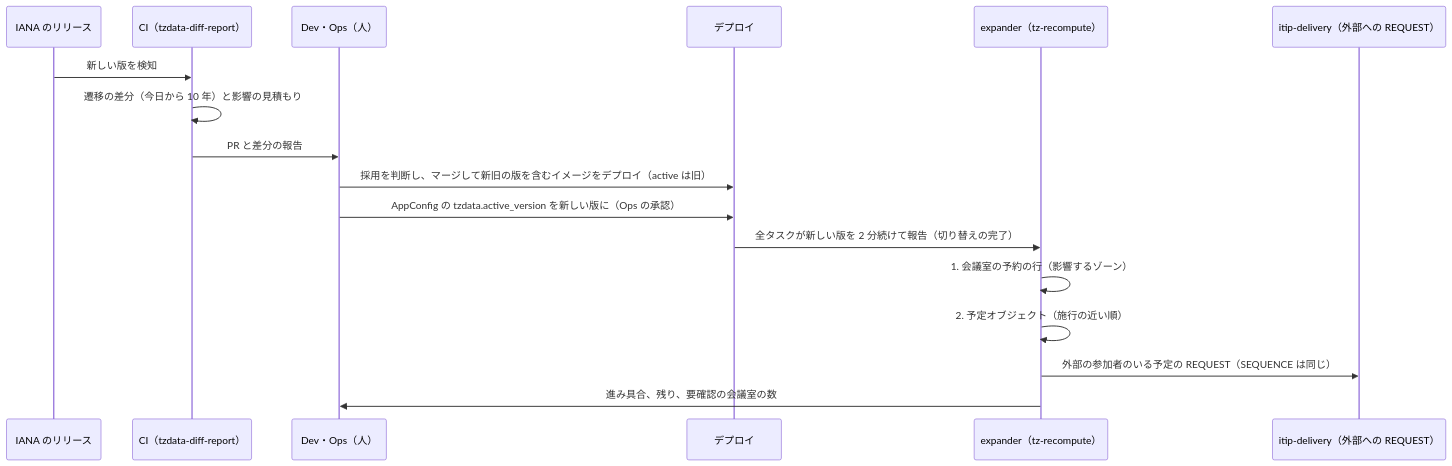
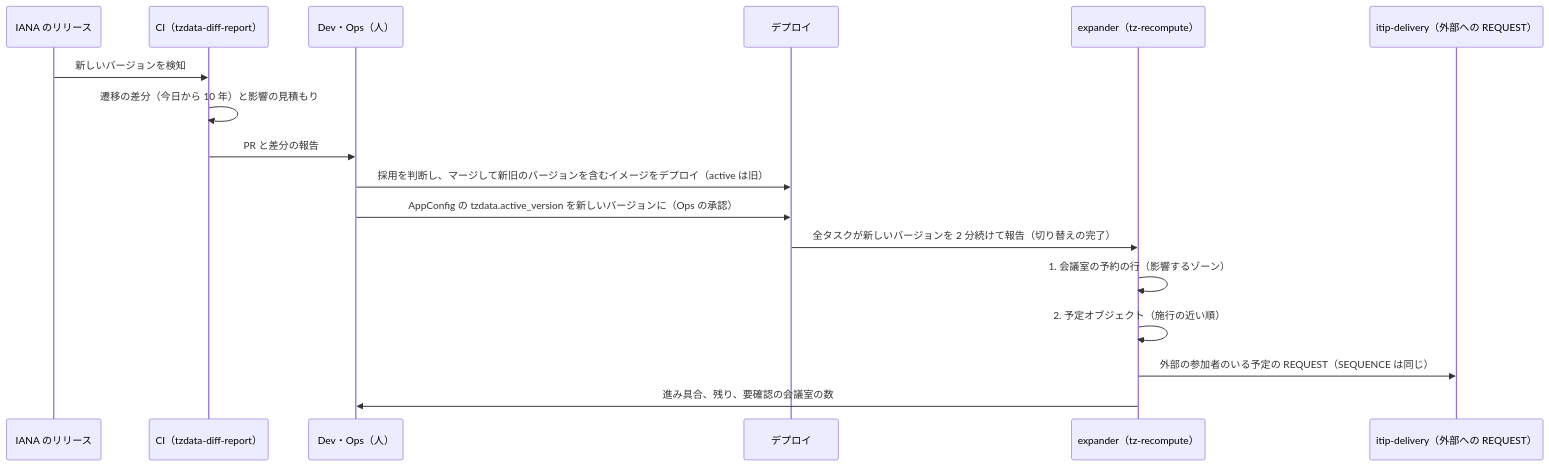
The diagram in systems/google-calendar/docs/architecture/time-zones-and-holidays.md (shoito/rebuilds), drawn with Mermaid before and after one commit. The commit also changed other lines of this file and 793 other files, not shown here.

````diff
--- a/systems/google-calendar/docs/architecture/time-zones-and-holidays.md
+++ b/systems/google-calendar/docs/architecture/time-zones-and-holidays.md
@@ -127,19 +127,19 @@
 ```mermaid
 sequenceDiagram
   participant I as IANA のリリース
   participant CI as CI（tzdata-diff-report）
   participant H as Dev・Ops（人）
   participant D as デプロイ
   participant E as expander（tz-recompute）
   participant X as itip-delivery（外部への REQUEST）
-  I->>CI: 新しい版を検知
+  I->>CI: 新しいバージョンを検知
   CI->>CI: 遷移の差分（今日から 10 年）と影響の見積もり
   CI->>H: PR と差分の報告
-  H->>D: 採用を判断し、マージして新旧の版を含むイメージをデプロイ（active は旧）
-  H->>D: AppConfig の tzdata.active_version を新しい版に（Ops の承認）
-  D->>E: 全タスクが新しい版を 2 分続けて報告（切り替えの完了）
+  H->>D: 採用を判断し、マージして新旧のバージョンを含むイメージをデプロイ（active は旧）
+  H->>D: AppConfig の tzdata.active_version を新しいバージョンに（Ops の承認）
+  D->>E: 全タスクが新しいバージョンを 2 分続けて報告（切り替えの完了）
   E->>E: 1. 会議室の予約の行（影響するゾーン）
   E->>E: 2. 予定オブジェクト（施行の近い順）
   E->>X: 外部の参加者のいる予定の REQUEST（SEQUENCE は同じ）
   E->>H: 進み具合、残り、要確認の会議室の数
 ```
````
